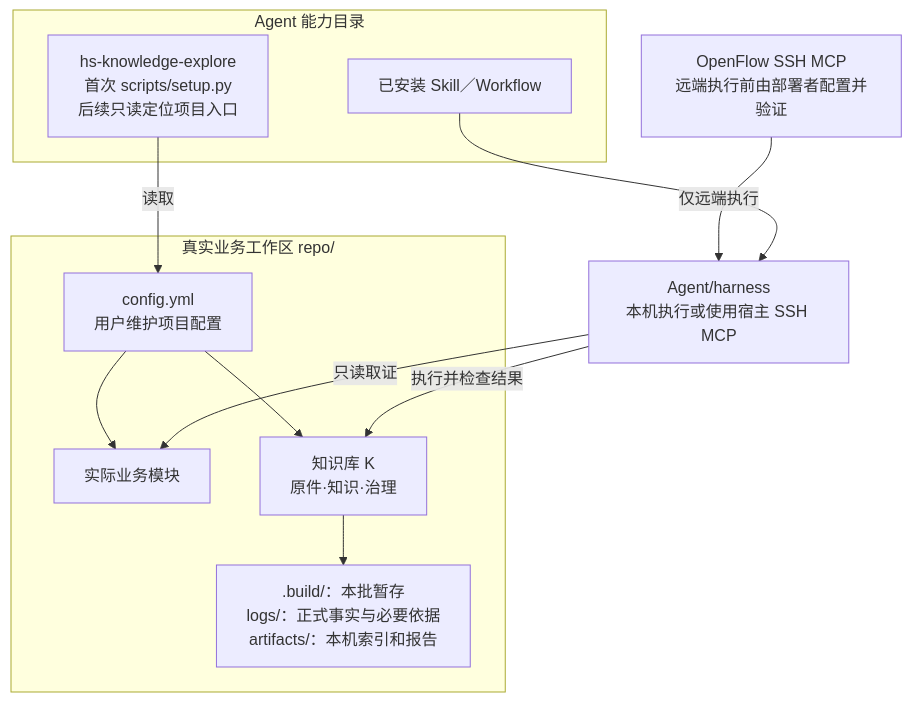
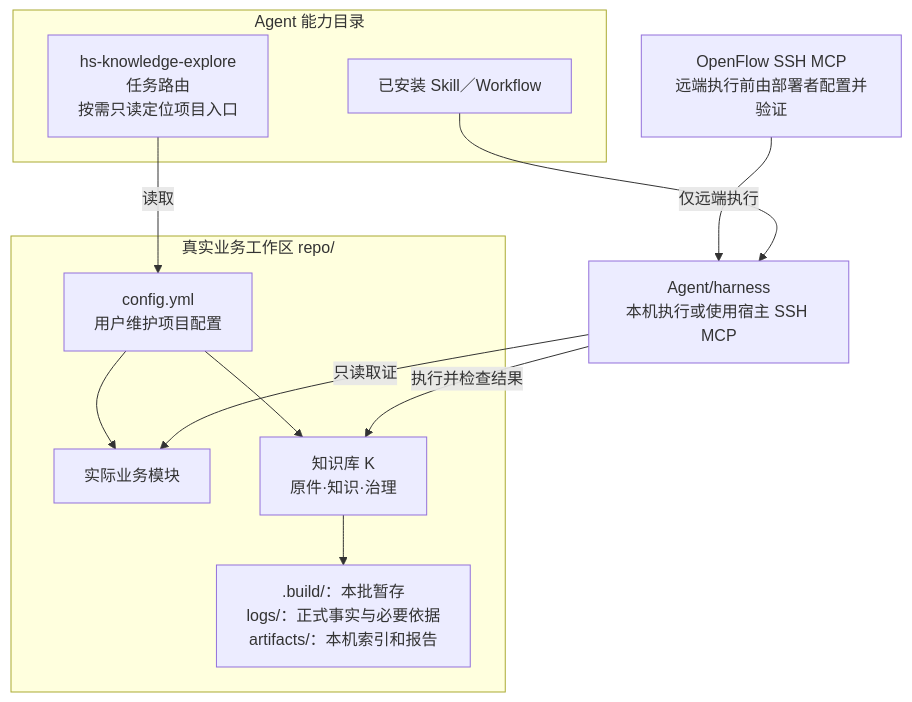
The second of 4 diagrams in himate-knowledge-wifi-mp/docs-llm-wiki/知识库关键点.md (Robin-hhc/FactumCore), drawn with Mermaid before and after one commit. The commit also changed other lines of this file and 22 other files, not shown here.

````diff
--- a/himate-knowledge-wifi-mp/docs-llm-wiki/知识库关键点.md
+++ b/himate-knowledge-wifi-mp/docs-llm-wiki/知识库关键点.md
@@ -41,21 +41,21 @@
 ```mermaid
 flowchart TD
     subgraph AGENT["Agent 能力目录"]
-        SETUP["hs-knowledge-explore<br/>首次 scripts/setup.py<br/>后续只读定位项目入口"]
+        SETUP["hs-knowledge-explore<br/>任务路由<br/>按需只读定位项目入口"]
         S["已安装 Skill／Workflow"]
     end
     subgraph WORKSPACE["真实业务工作区 repo/"]
         CONFIG["config.yml<br/>用户维护项目配置"]
         CODE["实际业务模块"]
         K["知识库 K<br/>原件·知识·治理"]
         OUT[".build/：本批暂存<br/>logs/：正式事实与必要依据<br/>artifacts/：本机索引和报告"]
         CONFIG --> CODE
         CONFIG --> K
         K --> OUT
     end
     SETUP -->|"读取"| CONFIG
     SSH["OpenFlow SSH MCP<br/>远端执行前由部署者配置并验证"] -->|"仅远端执行"| HARNESS["Agent/harness<br/>本机执行或使用宿主 SSH MCP"]
     S --> HARNESS
     HARNESS -->|"执行并检查结果"| K
     HARNESS -->|"只读取证"| CODE
 ```
````
